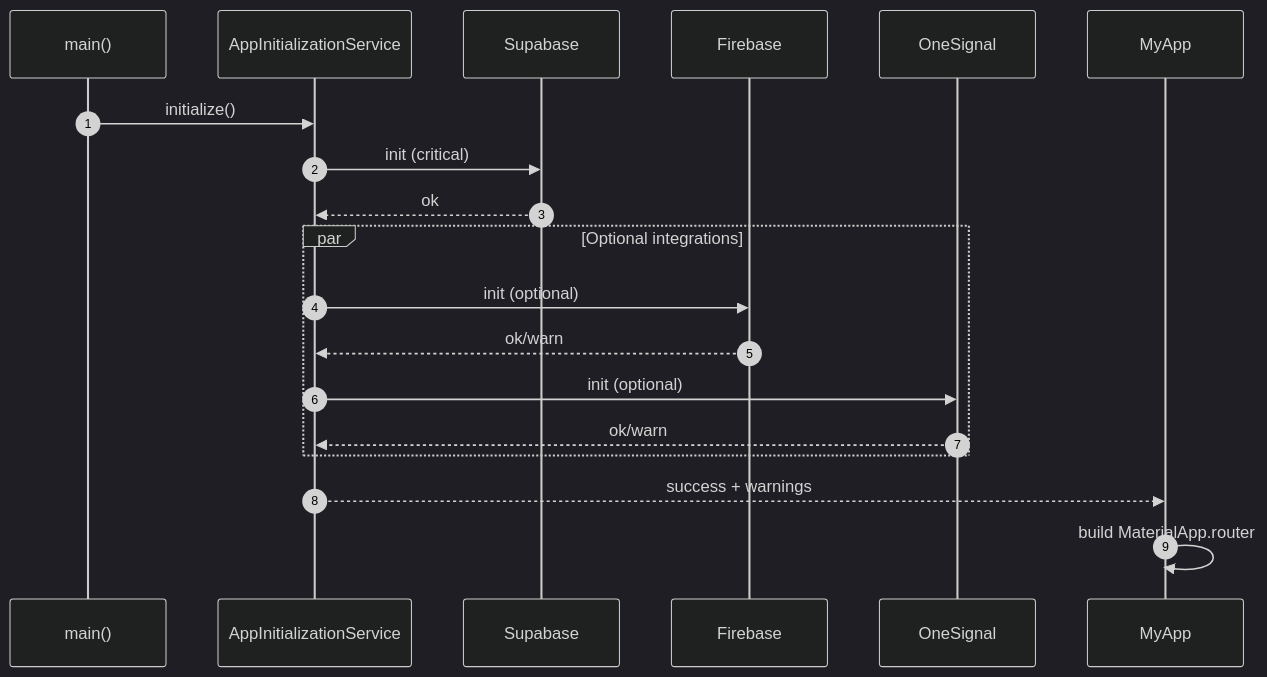
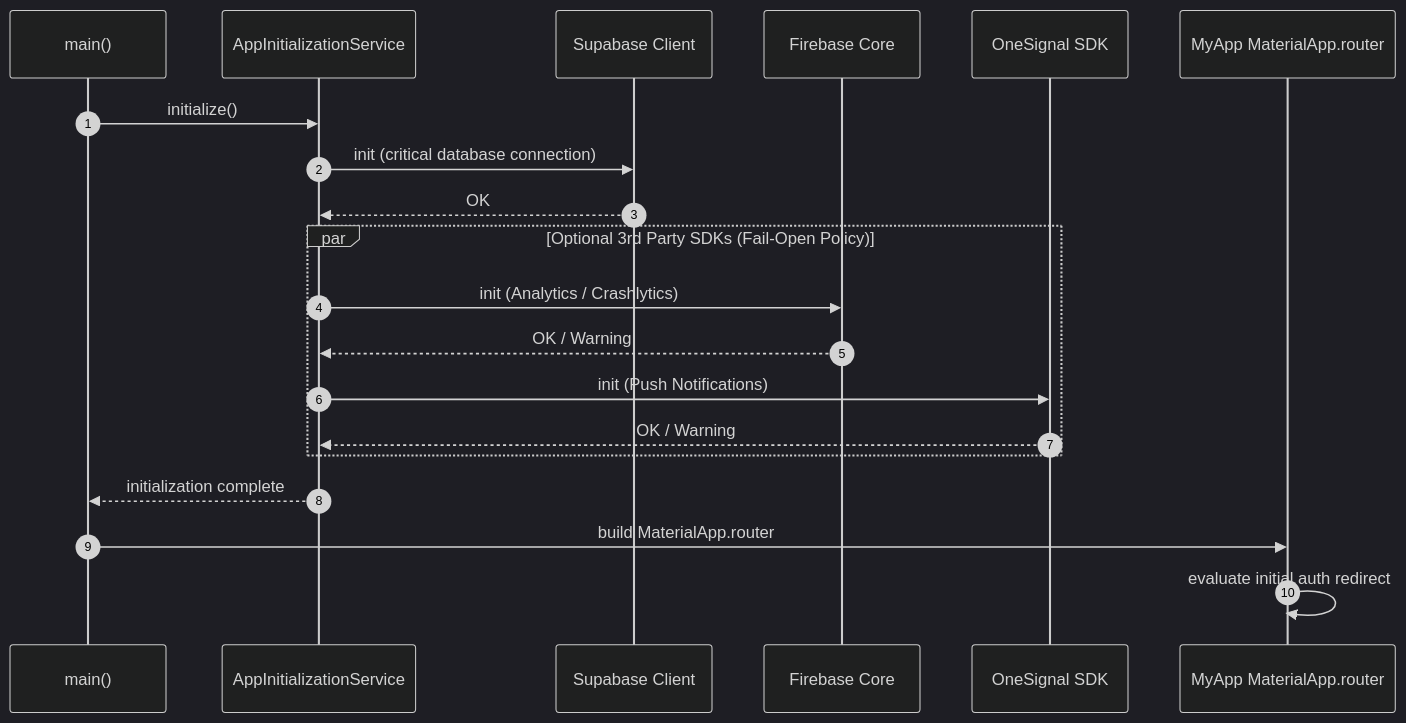
One commit to dipan0saha/nonna_app changed the second of 7 diagrams in docs/99_master_reference_docs/Nonna_App_Architecture_Diagrams.md. Above: the diagram before and after it, drawn with Mermaid (dark theme). The commit also changed other lines of this file and 5 other files, not shown here.

````diff
--- a/docs/99_master_reference_docs/Nonna_App_Architecture_Diagrams.md
+++ b/docs/99_master_reference_docs/Nonna_App_Architecture_Diagrams.md
@@ -51,22 +60,23 @@
 ```mermaid
 sequenceDiagram
   autonumber
   participant App as main()
   participant Init as AppInitializationService
-  participant Supa as Supabase
-  participant Fire as Firebase
-  participant One as OneSignal
-  participant UI as MyApp
+  participant Supa as Supabase Client
+  participant Fire as Firebase Core
+  participant One as OneSignal SDK
+  participant UI as MyApp MaterialApp.router
 
   App->>Init: initialize()
-  Init->>Supa: init (critical)
-  Supa-->>Init: ok
-  par Optional integrations
-    Init->>Fire: init (optional)
-    Fire-->>Init: ok/warn
-    Init->>One: init (optional)
-    One-->>Init: ok/warn
+  Init->>Supa: init (critical database connection)
+  Supa-->>Init: OK
+  par Optional 3rd Party SDKs (Fail-Open Policy)
+    Init->>Fire: init (Analytics / Crashlytics)
+    Fire-->>Init: OK / Warning
+    Init->>One: init (Push Notifications)
+    One-->>Init: OK / Warning
   end
-  Init-->>UI: success + warnings
-  UI->>UI: build MaterialApp.router
+  Init-->>App: initialization complete
+  App->>UI: build MaterialApp.router
+  UI->>UI: evaluate initial auth redirect
 ```
````
